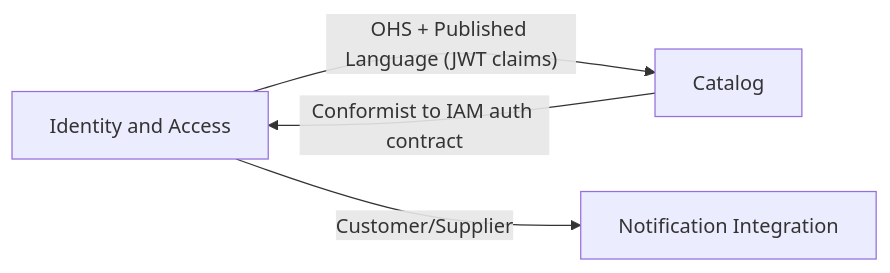
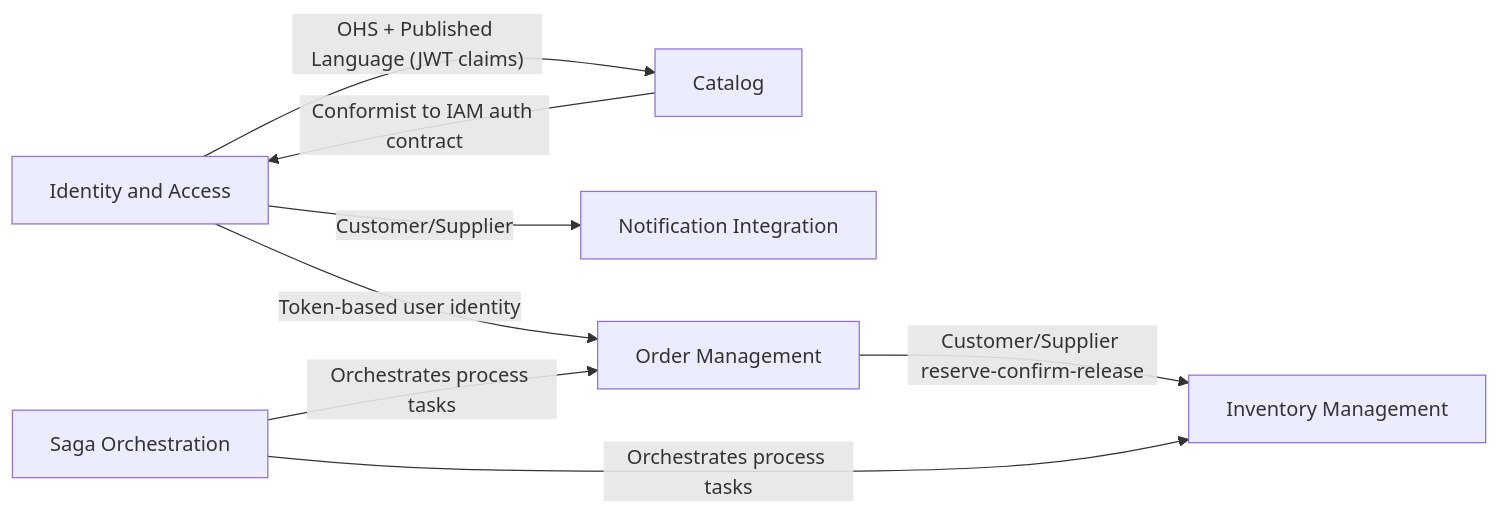
Before and after one commit to baosatboiz/asd: the second of 6 diagrams in analysis-and-design-ddd.md, drawn with Mermaid. The commit also changed other lines of this file, not shown here.

````diff
--- a/analysis-and-design-ddd.md
+++ b/analysis-and-design-ddd.md
@@ -148,6 +191,10 @@
 ```mermaid
 graph LR
     IAM[Identity and Access] -- "OHS + Published Language (JWT claims)" --> CATALOG[Catalog]
     IAM -- "Customer/Supplier" --> NOTI[Notification Integration]
     CATALOG -- "Conformist to IAM auth contract" --> IAM
+    IAM -- "Token-based user identity" --> ORDERCTX[Order Management]
+    ORDERCTX -- "Customer/Supplier reserve-confirm-release" --> INV[Inventory Management]
+    ORCH[Saga Orchestration] -- "Orchestrates process tasks" --> ORDERCTX
+    ORCH -- "Orchestrates process tasks" --> INV
 ```
````
